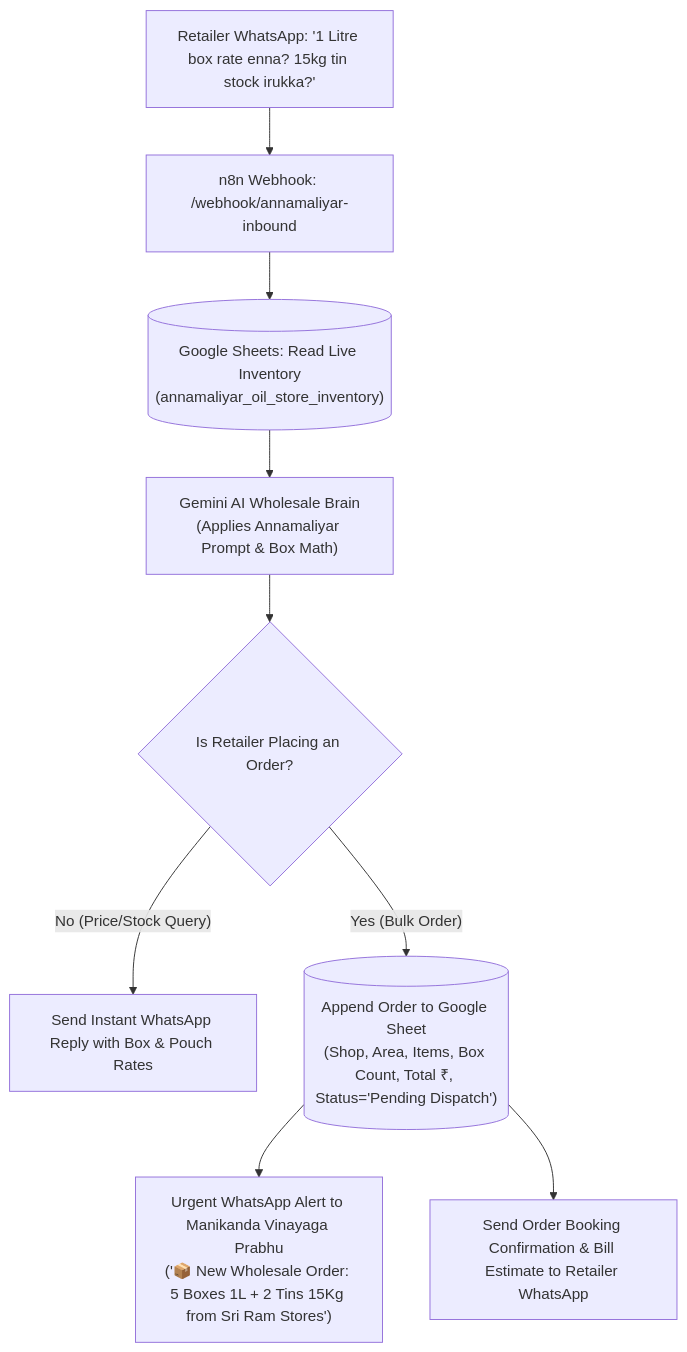
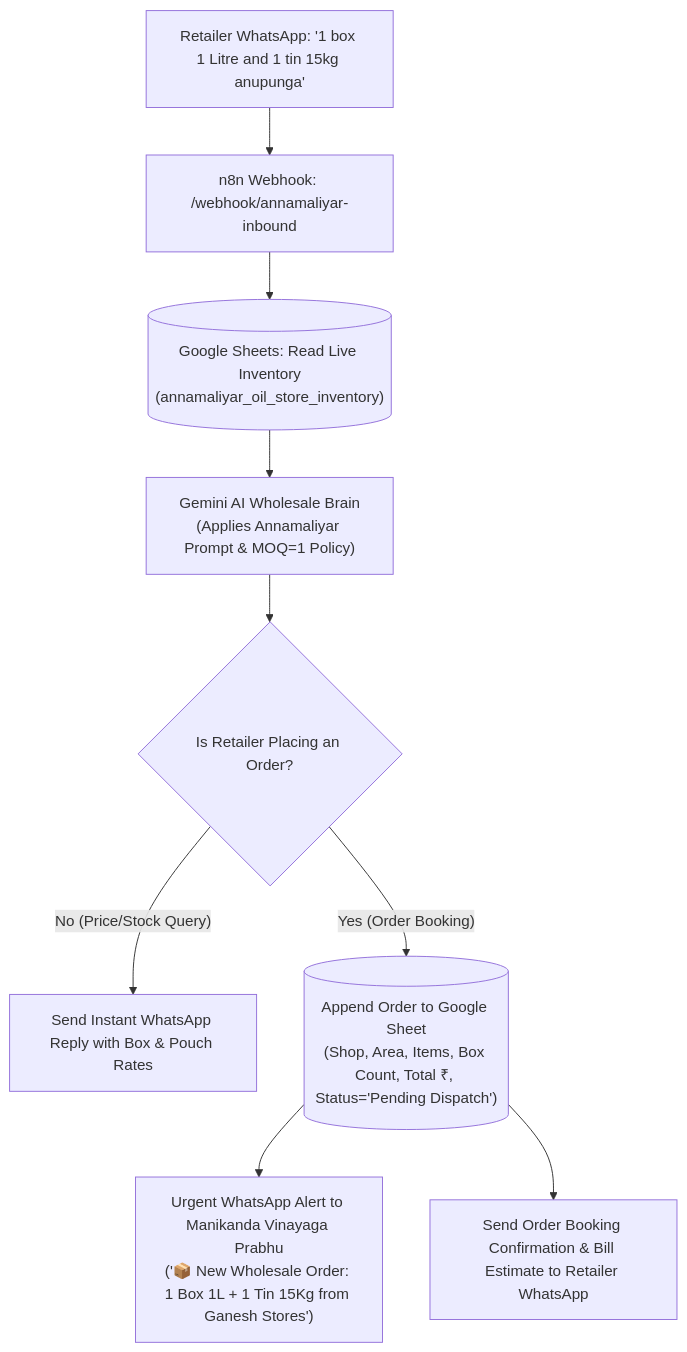
One commit to sureshkumar20133151-arch/n8n changed the diagram in project/05_wholesale_whatsapp_agent/PRD_AND_PROMPTS.md. Above: the diagram before and after it, drawn with Mermaid. The commit also changed other lines of this file and 1 other file, not shown here.

Commit message:
feat(wholesale): set MOQ to 1 box and 1 tin across all items

````diff
--- a/project/05_wholesale_whatsapp_agent/PRD_AND_PROMPTS.md
+++ b/project/05_wholesale_whatsapp_agent/PRD_AND_PROMPTS.md
@@ -98,11 +103,11 @@
 ```mermaid
 flowchart TD
-    RetailerMsg["Retailer WhatsApp: '1 Litre box rate enna? 15kg tin stock irukka?'"] --> Webhook["n8n Webhook: /webhook/annamaliyar-inbound"]
+    RetailerMsg["Retailer WhatsApp: '1 box 1 Litre and 1 tin 15kg anupunga'"] --> Webhook["n8n Webhook: /webhook/annamaliyar-inbound"]
     Webhook --> ReadSheets[("Google Sheets: Read Live Inventory\n(annamaliyar_oil_store_inventory)")]
-    ReadSheets --> Gemini["Gemini AI Wholesale Brain\n(Applies Annamaliyar Prompt & Box Math)"]
+    ReadSheets --> Gemini["Gemini AI Wholesale Brain\n(Applies Annamaliyar Prompt & MOQ=1 Policy)"]
     Gemini --> Check{"Is Retailer Placing an Order?"}
     Check -- "No (Price/Stock Query)" --> SendWhatsApp["Send Instant WhatsApp Reply with Box & Pouch Rates"]
-    Check -- "Yes (Bulk Order)" --> LogOrder[("Append Order to Google Sheet\n(Shop, Area, Items, Box Count, Total ₹, Status='Pending Dispatch')")]
-    LogOrder --> AlertPrabhu["Urgent WhatsApp Alert to Manikanda Vinayaga Prabhu\n('📦 New Wholesale Order: 5 Boxes 1L + 2 Tins 15Kg from Sri Ram Stores')"]
+    Check -- "Yes (Order Booking)" --> LogOrder[("Append Order to Google Sheet\n(Shop, Area, Items, Box Count, Total ₹, Status='Pending Dispatch')")]
+    LogOrder --> AlertPrabhu["Urgent WhatsApp Alert to Manikanda Vinayaga Prabhu\n('📦 New Wholesale Order: 1 Box 1L + 1 Tin 15Kg from Ganesh Stores')"]
     LogOrder --> ConfirmRetailer["Send Order Booking Confirmation & Bill Estimate to Retailer WhatsApp"]
 ```
````
